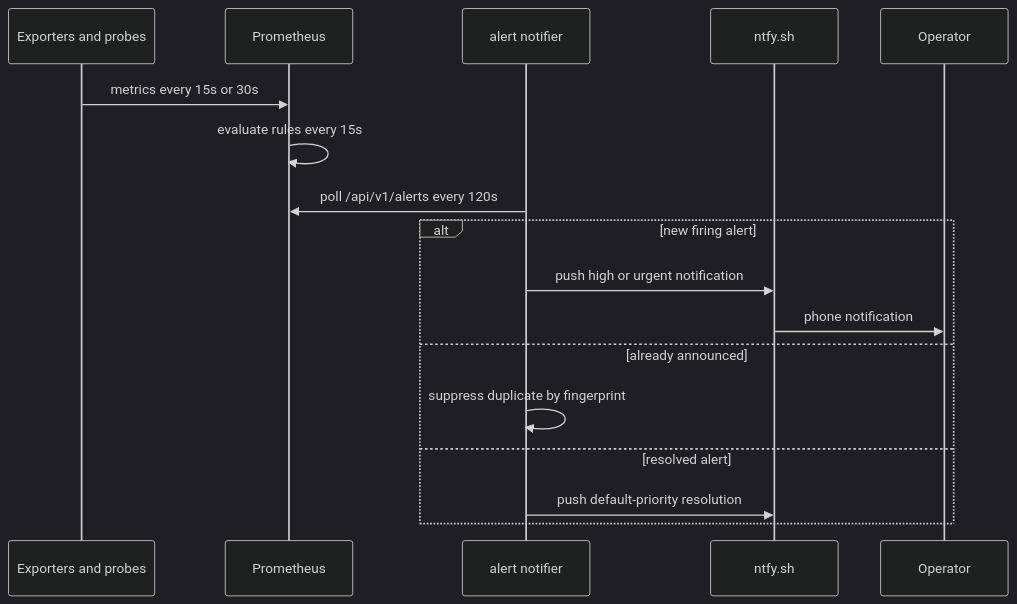
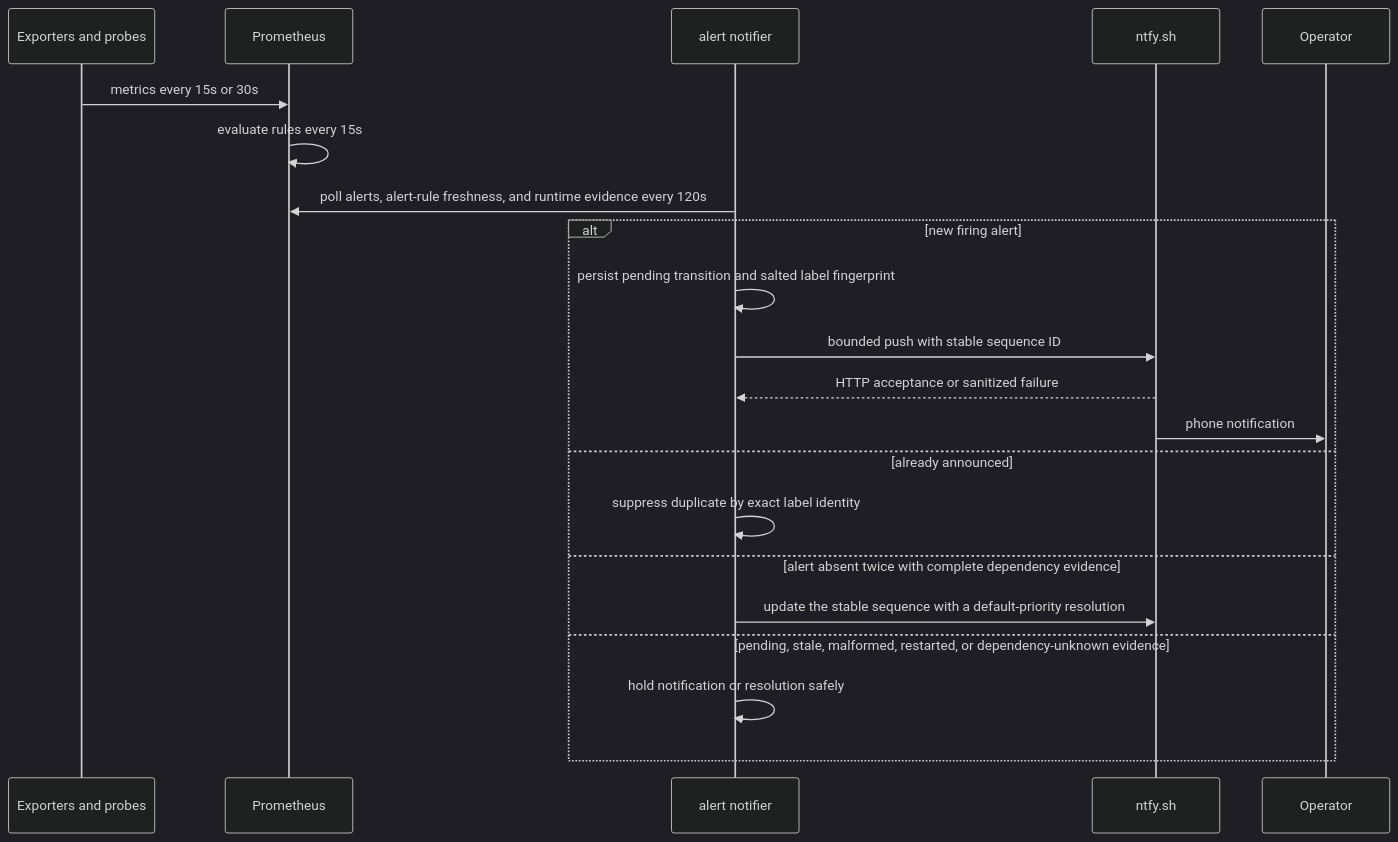
Before and after one commit to archpc/unbound: the fourth of 4 diagrams in ARCHITECTURE.md, drawn with Mermaid (dark theme). The commit also changed other lines of this file and 9 other files, not shown here.

````diff
--- a/ARCHITECTURE.md
+++ b/ARCHITECTURE.md
@@ -137,20 +137,24 @@
 ```mermaid
 sequenceDiagram
     participant E as Exporters and probes
     participant P as Prometheus
     participant N as alert notifier
     participant T as ntfy.sh
     participant O as Operator
 
     E->>P: metrics every 15s or 30s
     P->>P: evaluate rules every 15s
-    N->>P: poll /api/v1/alerts every 120s
+    N->>P: poll alerts, alert-rule freshness, and runtime evidence every 120s
     alt new firing alert
-        N->>T: push high or urgent notification
+        N->>N: persist pending transition and salted label fingerprint
+        N->>T: bounded push with stable sequence ID
+        T-->>N: HTTP acceptance or sanitized failure
         T->>O: phone notification
     else already announced
-        N->>N: suppress duplicate by fingerprint
-    else resolved alert
-        N->>T: push default-priority resolution
+        N->>N: suppress duplicate by exact label identity
+    else alert absent twice with complete dependency evidence
+        N->>T: update the stable sequence with a default-priority resolution
+    else pending, stale, malformed, restarted, or dependency-unknown evidence
+        N->>N: hold notification or resolution safely
     end
 ```
````
